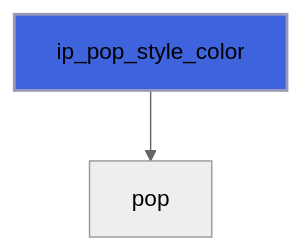
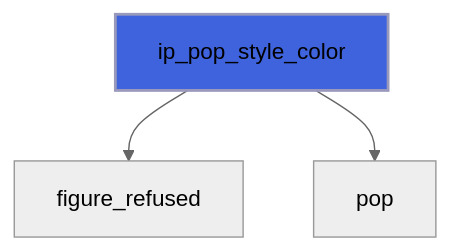
One commit to szaghi/figure changed diagram 16 of 44 in docs/api/src/lib/figure_style.md. Above: the diagram before and after it, drawn with Mermaid (neutral theme). The commit also changed other lines of this file and 10 other files, not shown here.

````diff
--- a/docs/api/src/lib/figure_style.md
+++ b/docs/api/src/lib/figure_style.md
@@ -527,5 +561,6 @@
 ```mermaid
 flowchart TD
+  ip_pop_style_color["ip_pop_style_color"] --> figure_refused["figure_refused"]
   ip_pop_style_color["ip_pop_style_color"] --> pop["pop"]
   style ip_pop_style_color fill:#3e63dd,stroke:#99b,stroke-width:2px
 ```
````
